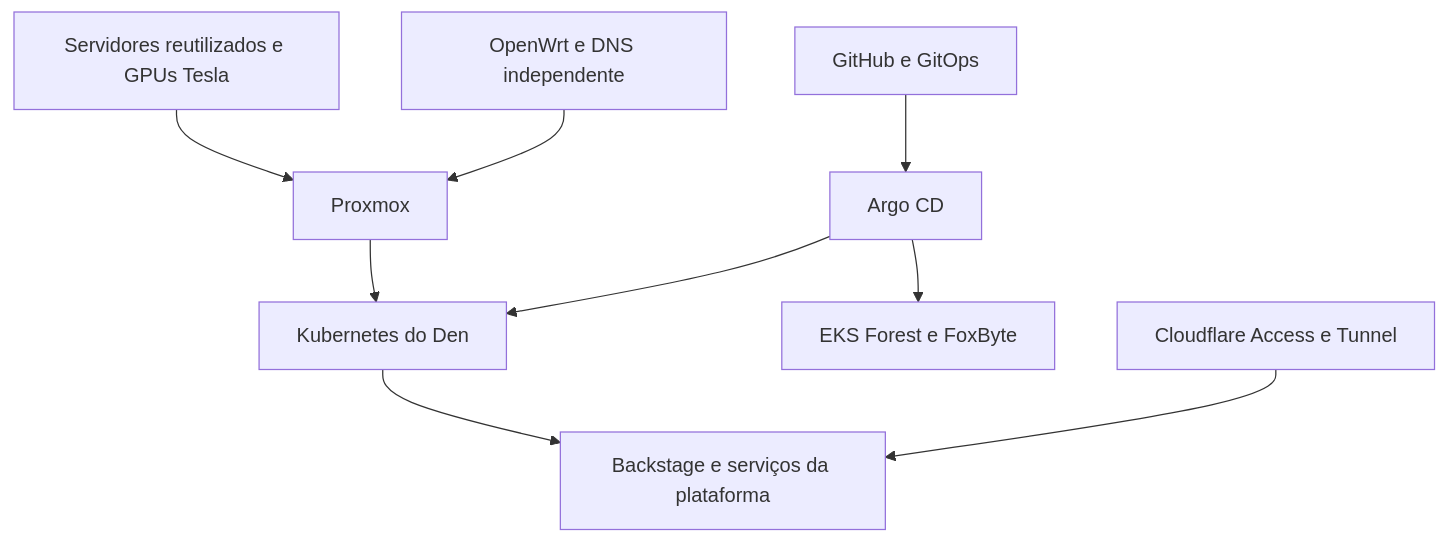
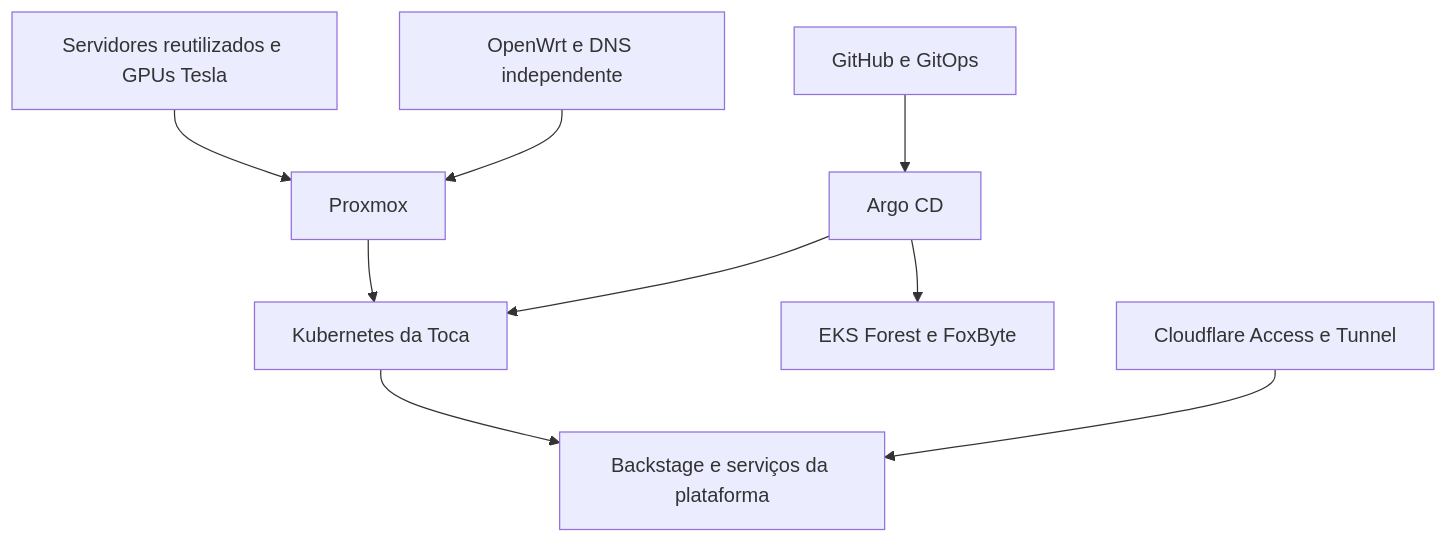
One commit to mr-foxxo/forest-reforge changed the diagram in README.pt-BR.md. Above: the diagram before and after it, drawn with Mermaid. The commit also changed other lines of this file and 35 other files, not shown here.

````diff
--- a/README.pt-BR.md
+++ b/README.pt-BR.md
@@ -34,11 +34,11 @@
 ```mermaid
 flowchart TD
   Hardware["Servidores reutilizados e GPUs Tesla"] --> Compute["Proxmox"]
   Network["OpenWrt e DNS independente"] --> Compute
-  Compute --> Core["Kubernetes do Den"]
+  Compute --> Core["Kubernetes da Toca"]
   Core --> Portal["Backstage e serviços da plataforma"]
   Git["GitHub e GitOps"] --> Argo["Argo CD"]
   Argo --> Core
   Argo --> AWS["EKS Forest e FoxByte"]
   Edge["Cloudflare Access e Tunnel"] --> Portal
 ```
````
